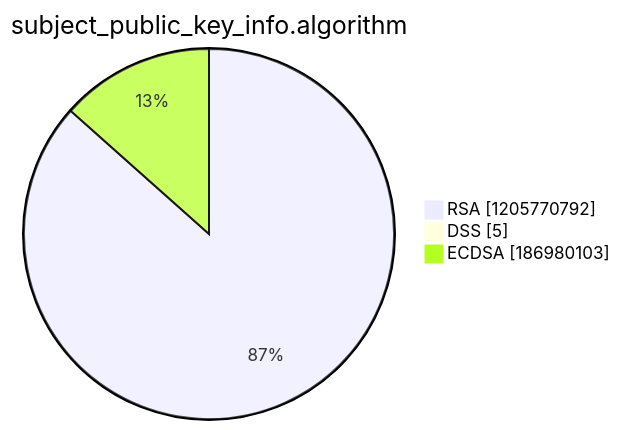
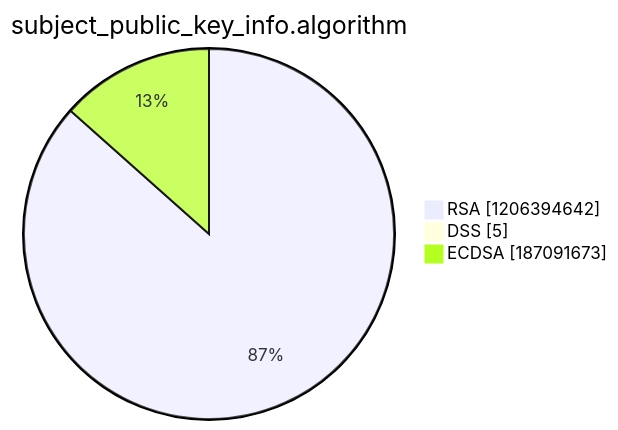
One commit to christiankrug/ctmonitor_visualization changed the third of 15 diagrams in argon2022/README.md. Above: the diagram before and after it, drawn with Mermaid. The commit also changed other lines of this file, not shown here.

````diff
--- a/argon2022/README.md
+++ b/argon2022/README.md
@@ -14,7 +14,7 @@
 ```mermaid
 pie showData
 title subject_public_key_info.algorithm
-"RSA" :1205770792
+"RSA" :1206394642
 "DSS" :5
-"ECDSA" :186980103
+"ECDSA" :187091673
 ```
````
